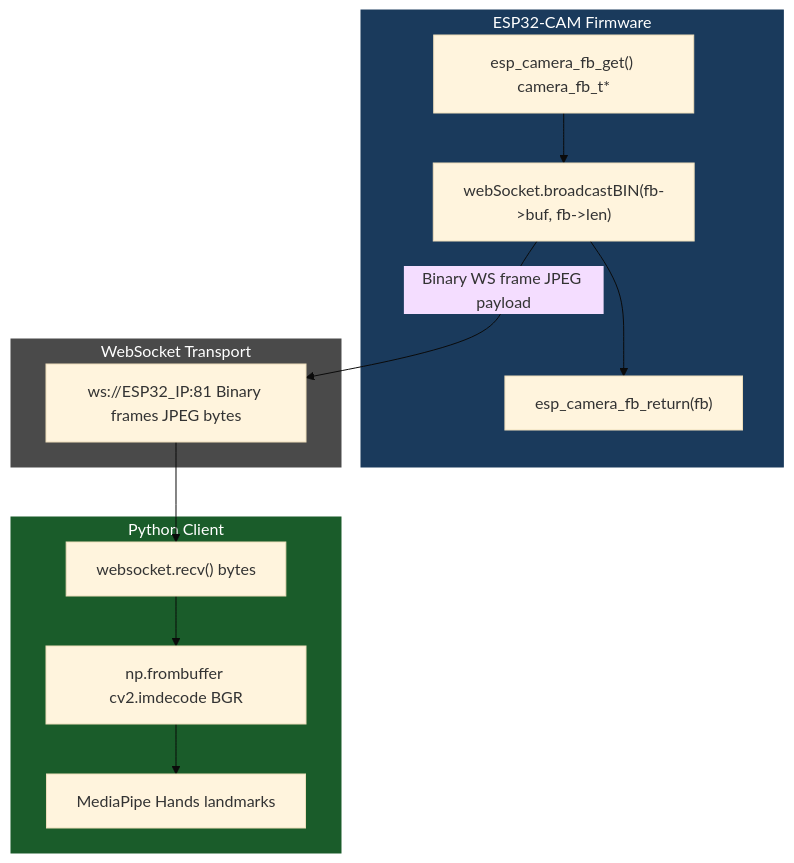
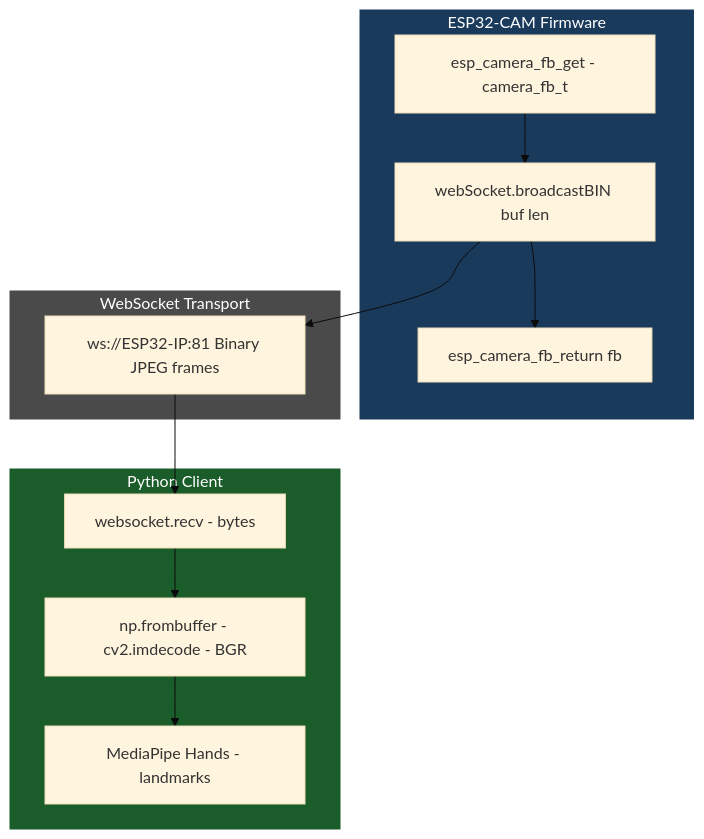
Before and after one commit to jorgefajardom-coder/esp32cam-hand-detection-safety-system: the third of 8 diagrams in README.md, drawn with Mermaid (base theme). The commit also changed other lines of this file, not shown here.

````diff
--- a/README.md
+++ b/README.md
@@ -202,27 +201,27 @@
 ```mermaid
 graph TB
     subgraph FIRMWARE["ESP32-CAM Firmware"]
-        FB["esp_camera_fb_get() camera_fb_t*"]
-        BC["webSocket.broadcastBIN(fb->buf, fb->len)"]
-        RT["esp_camera_fb_return(fb)"]
+        FB["esp_camera_fb_get - camera_fb_t"]
+        BC["webSocket.broadcastBIN buf len"]
+        RT["esp_camera_fb_return fb"]
         FB --> BC --> RT
     end
 
     subgraph TRANSPORT["WebSocket Transport"]
-        WS["ws://ESP32_IP:81 Binary frames JPEG bytes"]
+        WS["ws://ESP32-IP:81 Binary JPEG frames"]
     end
 
     subgraph CLIENT["Python Client"]
-        RCV["websocket.recv() bytes"]
-        DEC["np.frombuffer cv2.imdecode BGR"]
-        PROC["MediaPipe Hands landmarks"]
+        RCV["websocket.recv - bytes"]
+        DEC["np.frombuffer - cv2.imdecode - BGR"]
+        PROC["MediaPipe Hands - landmarks"]
     end
 
-    BC -->|Binary WS frame JPEG payload| WS
+    BC --> WS
     WS --> RCV
     RCV --> DEC --> PROC
 
     style FIRMWARE fill:#1a3a5c,color:#fff,stroke:#1a3a5c
     style TRANSPORT fill:#4a4a4a,color:#fff,stroke:#4a4a4a
     style CLIENT fill:#1a5c2a,color:#fff,stroke:#1a5c2a
 ```
````
